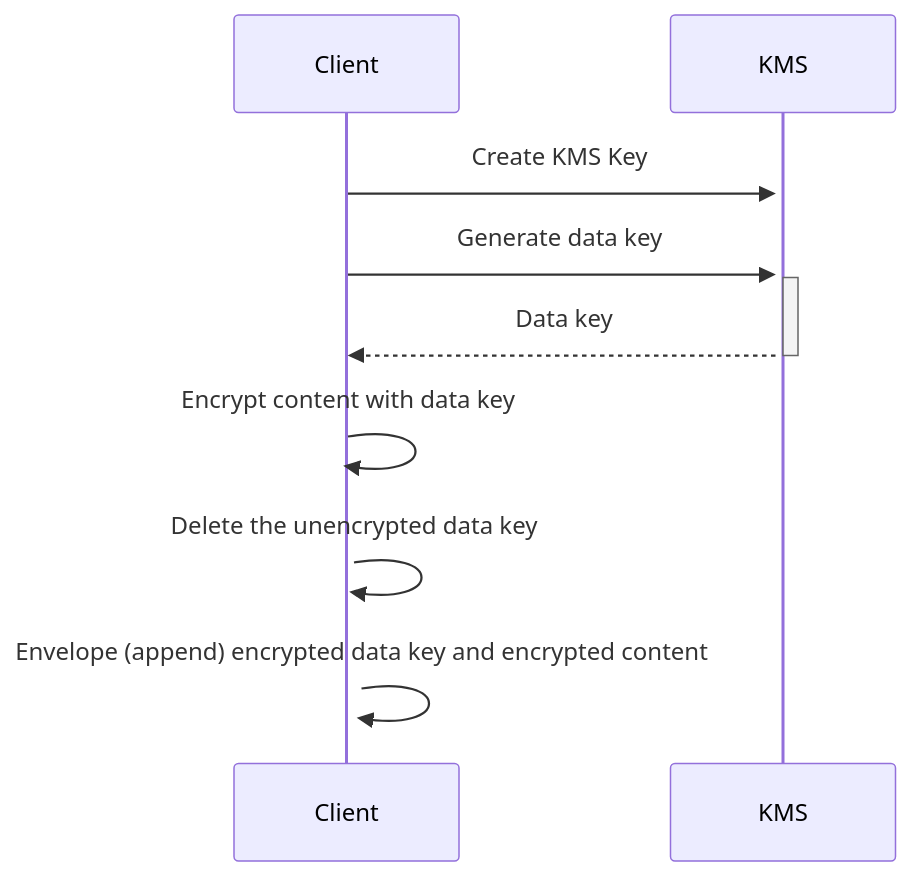
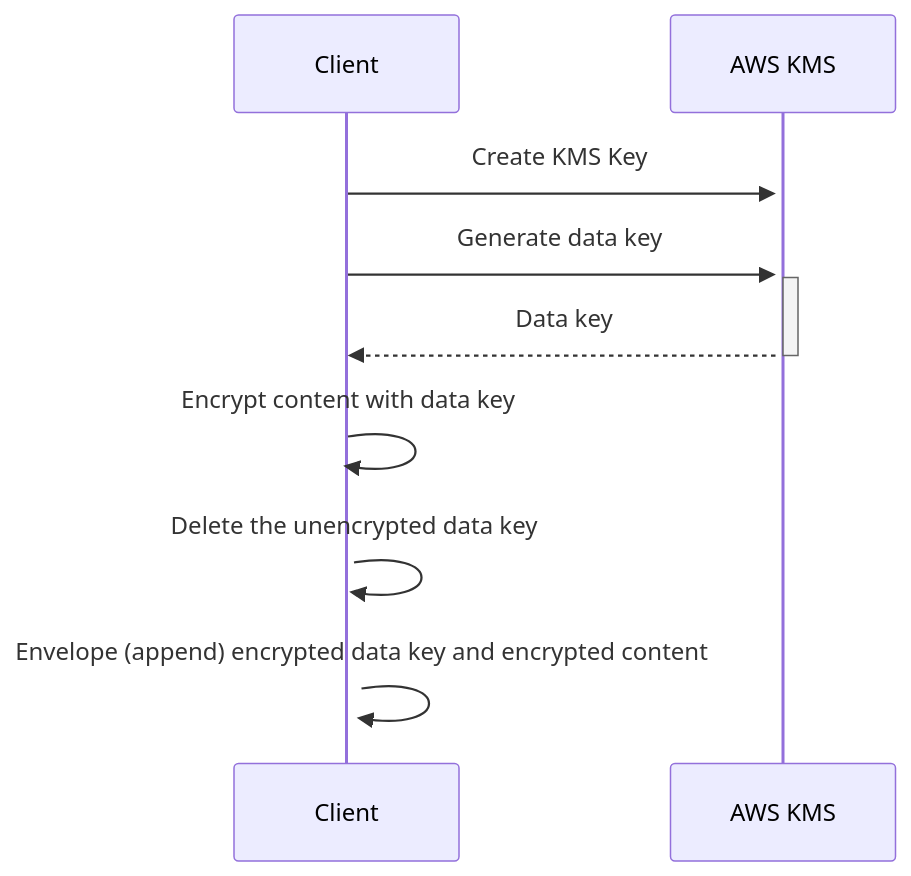
One commit to epomatti/aws-kms-data-key changed the diagram in README.md. Above: the diagram before and after it, drawn with Mermaid.

````diff
--- a/README.md
+++ b/README.md
@@ -7,9 +7,9 @@
 ```mermaid
 sequenceDiagram
-    Client->>+KMS: Create KMS Key
-    Client->>+KMS: Generate data key
-    KMS-->>-Client: Data key
+    Client->>+AWS KMS: Create KMS Key
+    Client->>+AWS KMS: Generate data key
+    AWS KMS-->>-Client: Data key
     Client->>+Client: Encrypt content with data key
     Client->>+Client: Delete the unencrypted data key
     Client->>+Client: Envelope (append) encrypted data key and encrypted content
 ```
````
